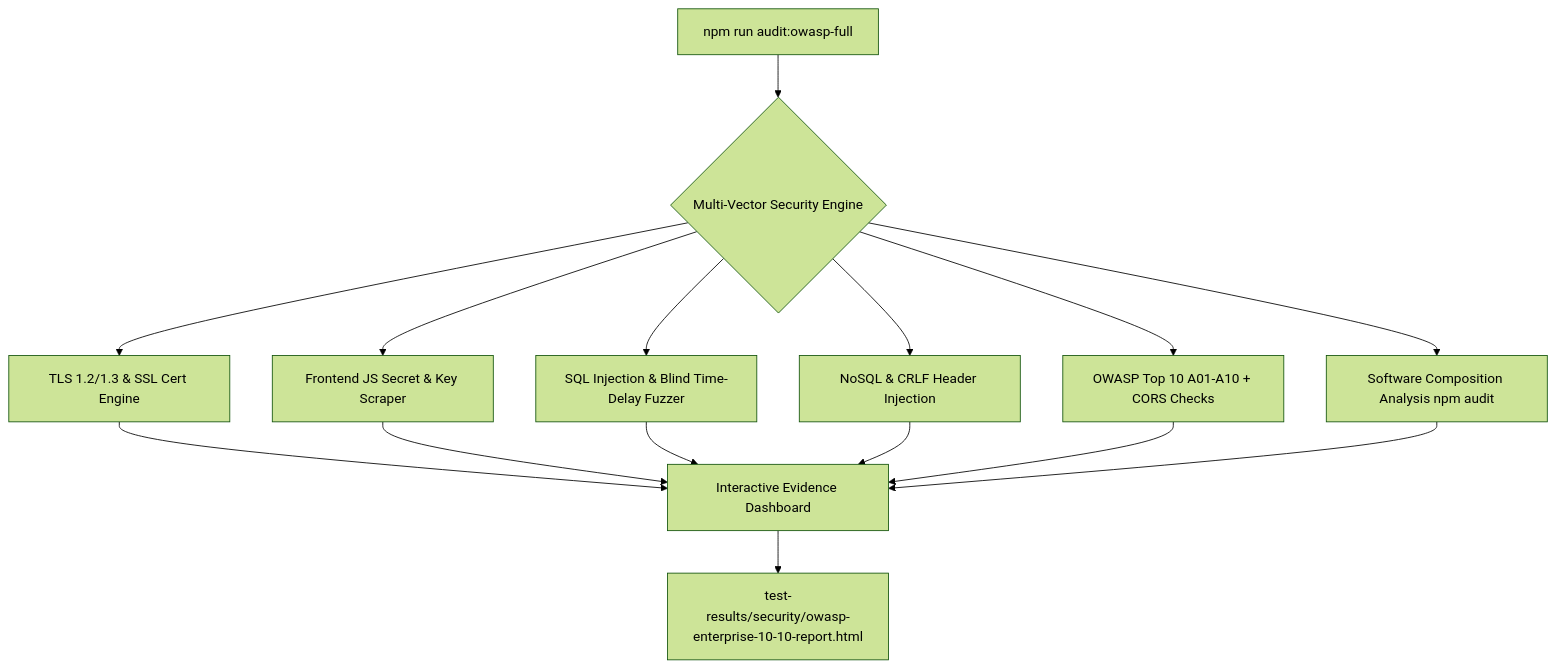
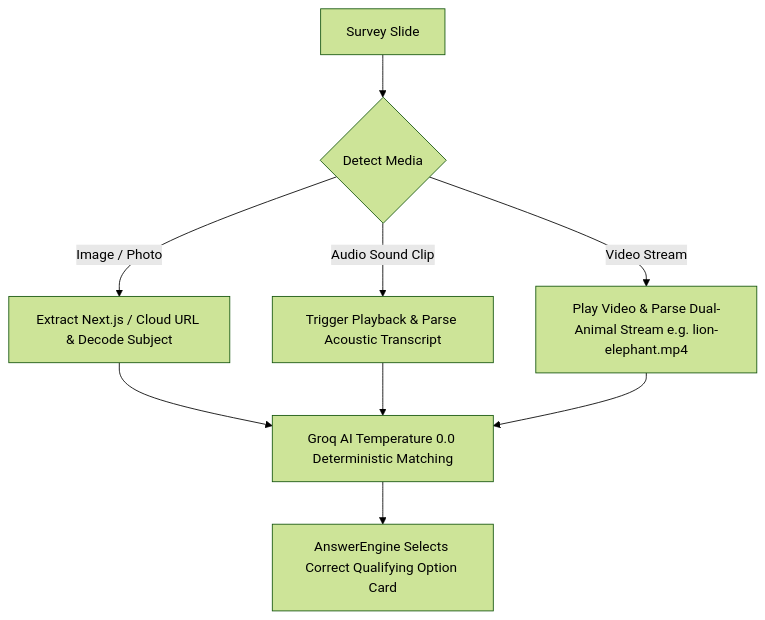
One commit to Karthik751170/playwright-js-project changed the second of 2 diagrams in README.md. Above: the diagram before and after it, drawn with Mermaid (forest theme). The commit also changed other lines of this file, not shown here.

Commit message:
docs: polish README with clean layout, table of contents, badges and security engines

````diff
--- a/README.md
+++ b/README.md
@@ -142,13 +102,10 @@
 ```mermaid
 flowchart TD
-    A[npm run audit:owasp-full] --> B{Multi-Vector Security Engine}
-    B --> C[TLS 1.2/1.3 & SSL Cert Engine]
-    B --> D[Frontend JS Secret & Key Scraper]
-    B --> E[SQL Injection & Blind Time-Delay Fuzzer]
-    B --> F[NoSQL & CRLF Header Injection]
-    B --> G[OWASP Top 10 A01-A10 + CORS Checks]
-    B --> H[Software Composition Analysis npm audit]
+    A[Survey Slide] --> B{Detect Media}
+    B -->|Image / Photo| C[Extract Next.js / Cloud URL & Decode Subject]
+    B -->|Audio Sound Clip| D[Trigger Playback & Parse Acoustic Transcript]
+    B -->|Video Stream| E[Play Video & Parse Dual-Animal Stream e.g. lion-elephant.mp4]
     
-    C & D & E & F & G & H --> I[Interactive Evidence Dashboard]
-    I --> J[test-results/security/owasp-enterprise-10-10-report.html]
+    C & D & E --> F[Groq AI Temperature 0.0 Deterministic Matching]
+    F --> G[AnswerEngine Selects Correct Qualifying Option Card]
 ```
````
